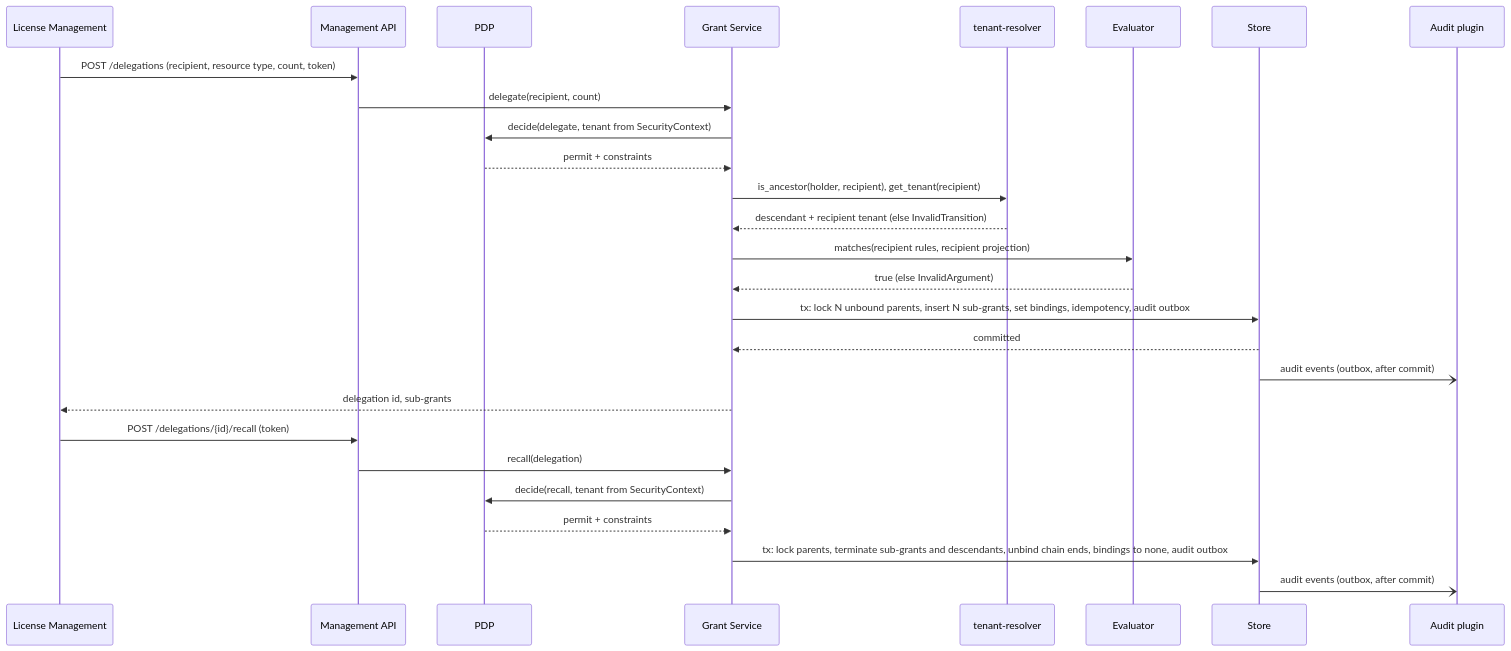
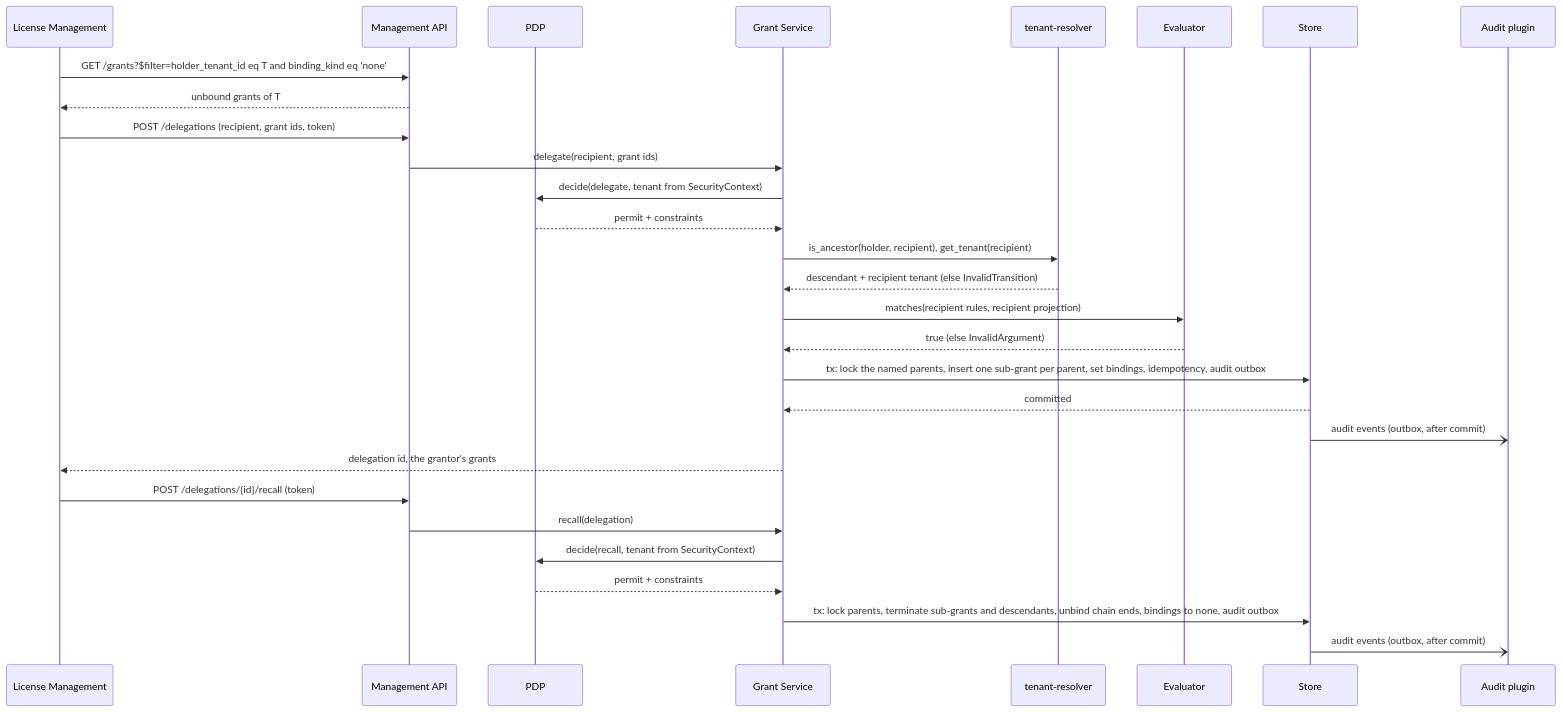
The third of 5 diagrams in gears/system/license-enforcement/docs/DESIGN.md (constructorfabric/gears-rust), drawn with Mermaid before and after one commit. The commit also changed other lines of this file and 46 other files, not shown here.

````diff
--- a/gears/system/license-enforcement/docs/DESIGN.md
+++ b/gears/system/license-enforcement/docs/DESIGN.md
@@ -838,29 +901,31 @@
 ```mermaid
 sequenceDiagram
     participant M as License Management
     participant API as Management API
     participant P as PDP
     participant G as Grant Service
     participant T as tenant-resolver
     participant E as Evaluator
     participant S as Store
     participant AU as Audit plugin
-    M ->> API: POST /delegations (recipient, resource type, count, token)
-    API ->> G: delegate(recipient, count)
+    M ->> API: GET /grants?$filter=holder_tenant_id eq T and binding_kind eq 'none'
+    API -->> M: unbound grants of T
+    M ->> API: POST /delegations (recipient, grant ids, token)
+    API ->> G: delegate(recipient, grant ids)
     G ->> P: decide(delegate, tenant from SecurityContext)
     P -->> G: permit + constraints
     G ->> T: is_ancestor(holder, recipient), get_tenant(recipient)
     T -->> G: descendant + recipient tenant (else InvalidTransition)
     G ->> E: matches(recipient rules, recipient projection)
     E -->> G: true (else InvalidArgument)
-    G ->> S: tx: lock N unbound parents, insert N sub-grants, set bindings, idempotency, audit outbox
+    G ->> S: tx: lock the named parents, insert one sub-grant per parent, set bindings, idempotency, audit outbox
     S -->> G: committed
     S -) AU: audit events (outbox, after commit)
-    G -->> M: delegation id, sub-grants
+    G -->> M: delegation id, the grantor's grants
     M ->> API: POST /delegations/{id}/recall (token)
     API ->> G: recall(delegation)
     G ->> P: decide(recall, tenant from SecurityContext)
     P -->> G: permit + constraints
     G ->> S: tx: lock parents, terminate sub-grants and descendants, unbind chain ends, bindings to none, audit outbox
     S -) AU: audit events (outbox, after commit)
 ```
````
